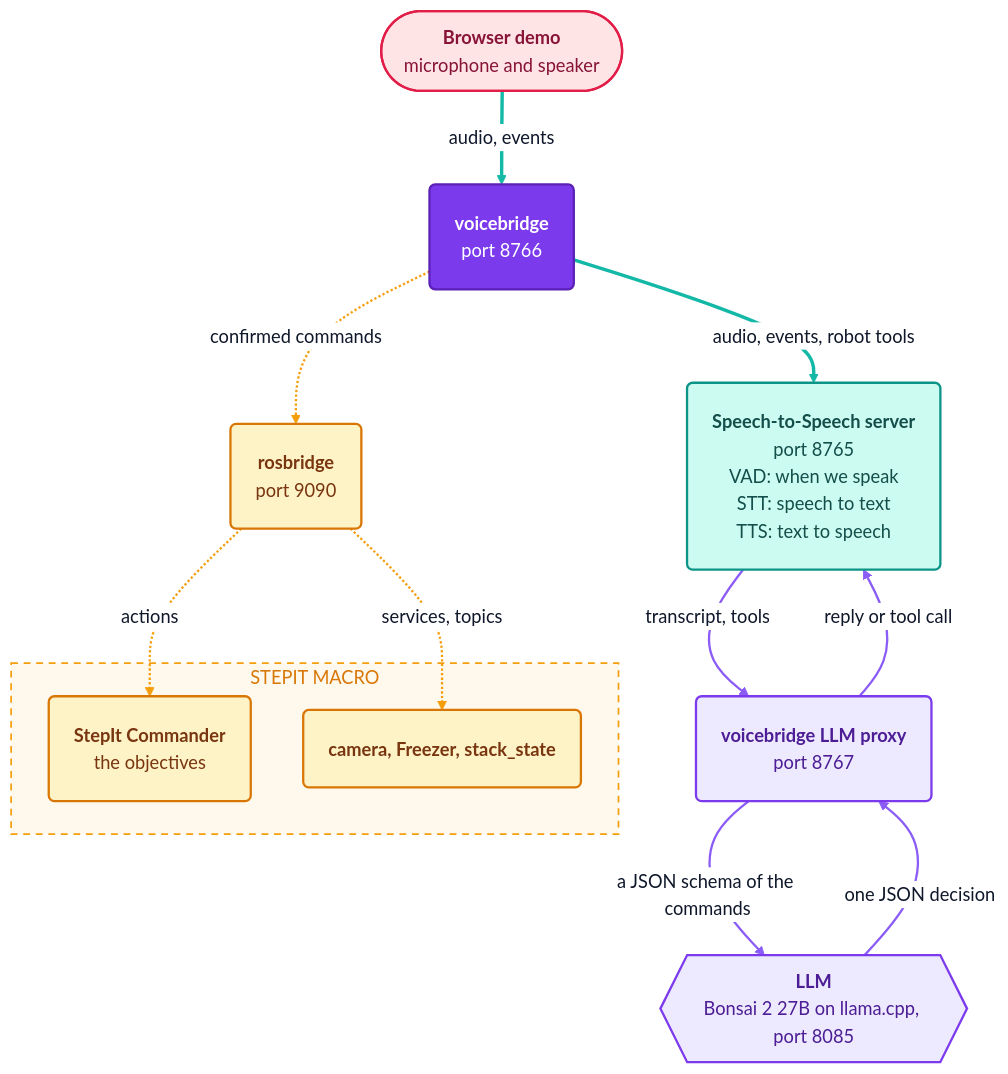
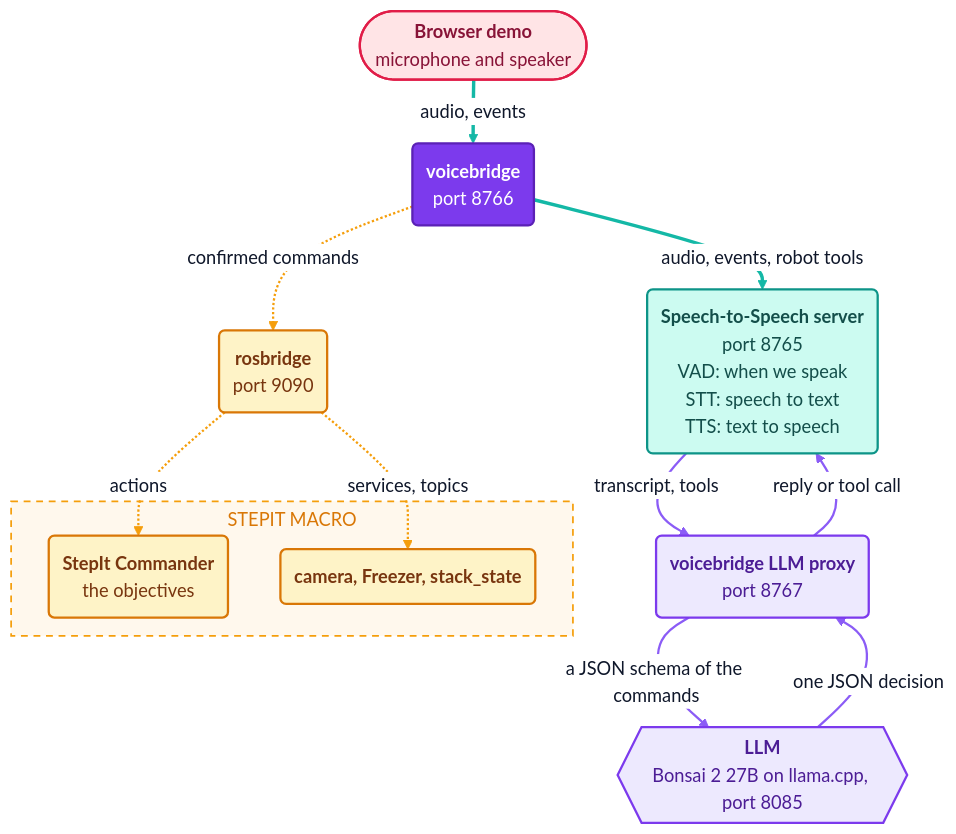
One commit to kineticsystem/stepit-speech changed the first of 10 diagrams in docs/ARCHITECTURE.md. Above: the diagram before and after it, drawn with Mermaid. The commit also changed other lines of this file and 1 other file, not shown here.

First line of the commit message:
Shorter diagrams in the README and the architecture document

```diff
--- a/docs/ARCHITECTURE.md
+++ b/docs/ARCHITECTURE.md
@@ -47,9 +47,12 @@
   theme: base
   flowchart:
     curve: basis
-    padding: 22
+    padding: 12
     nodeSpacing: 46
-    rankSpacing: 58
+    rankSpacing: 32
+    subGraphTitleMargin:
+      top: 4
+      bottom: 10
   class:
     padding: 10
   themeVariables:
```
